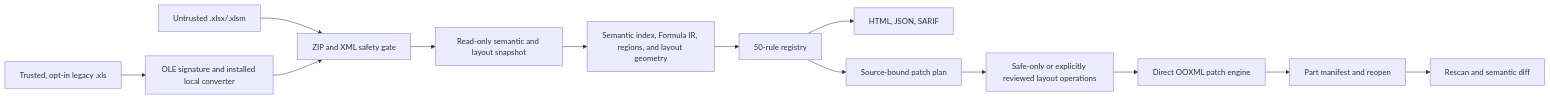
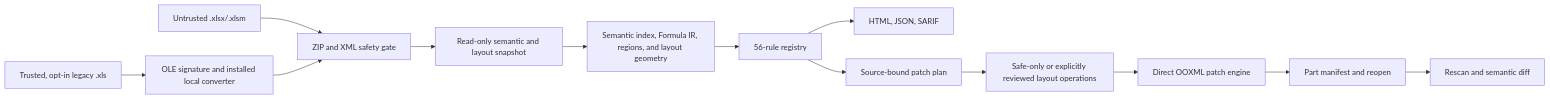
Before and after one commit to chenweixin123/workbooklens: the diagram in docs/architecture.md, drawn with Mermaid. The commit also changed other lines of this file and 28 other files, not shown here.

````diff
--- a/docs/architecture.md
+++ b/docs/architecture.md
@@ -13,15 +13,15 @@
 ```mermaid
 flowchart LR
     A["Untrusted .xlsx/.xlsm"] --> B["ZIP and XML safety gate"]
     X["Trusted, opt-in legacy .xls"] --> Y["OLE signature and installed local converter"]
     Y --> B
     B --> C["Read-only semantic and layout snapshot"]
     C --> D["Semantic index, Formula IR, regions, and layout geometry"]
-    D --> E["50-rule registry"]
+    D --> E["56-rule registry"]
     E --> F["HTML, JSON, SARIF"]
     E --> G["Source-bound patch plan"]
     G --> H["Safe-only or explicitly reviewed layout operations"]
     H --> I["Direct OOXML patch engine"]
     I --> J["Part manifest and reopen"]
     J --> K["Rescan and semantic diff"]
 ```
````
